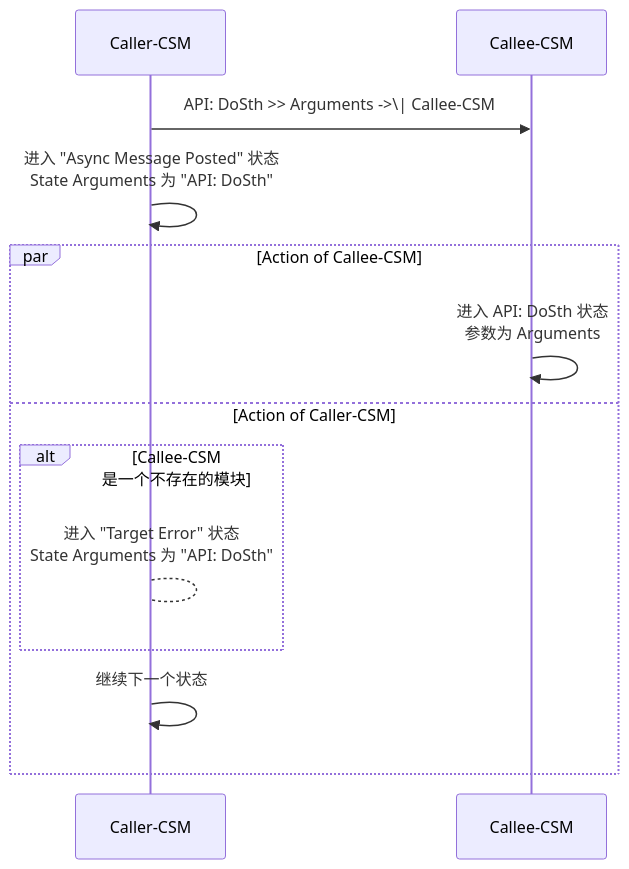
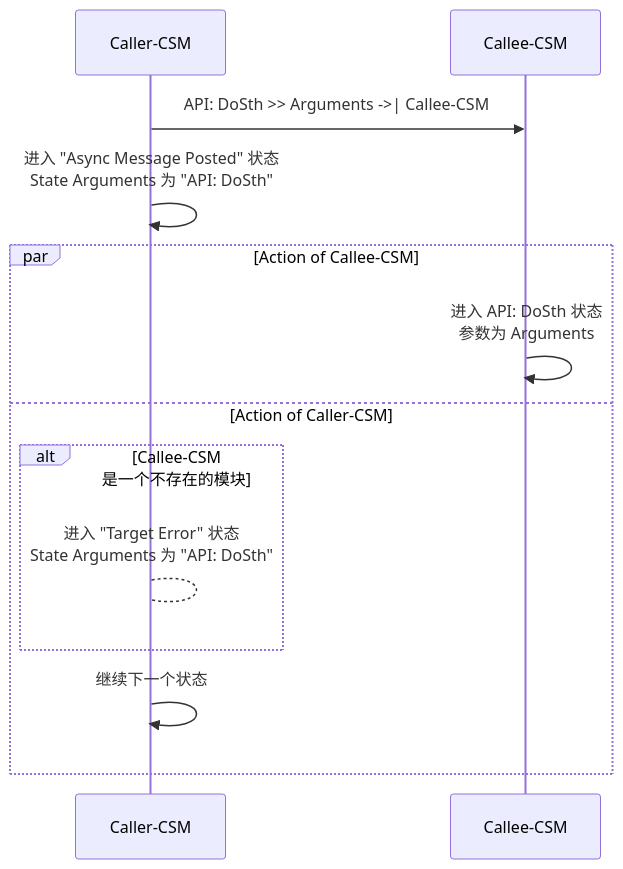
Before and after one commit to NEVSTOP-LAB/CSM-Wiki: the third of 3 diagrams in _posts/zh/2023-12-29-communication.md, drawn with Mermaid. The commit also changed other lines of this file and 2 other files, not shown here.

Commit message:
update FAQ

````diff
--- a/_posts/zh/2023-12-29-communication.md
+++ b/_posts/zh/2023-12-29-communication.md
@@ -120,18 +120,18 @@
 ``` mermaid
 sequenceDiagram
-Caller-CSM ->> Callee-CSM: API: DoSth >> Arguments ->\| Callee-CSM
+Caller-CSM ->> Callee-CSM: API: DoSth >> Arguments ->| Callee-CSM
 
 Caller-CSM ->> Caller-CSM: 进入 "Async Message Posted" 状态 <br/> State Arguments 为 "API: DoSth"
 
 Par Action of Callee-CSM
 Callee-CSM ->> Callee-CSM: 进入 API: DoSth 状态 <br/> 参数为 Arguments
 
 and Action of Caller-CSM
 
 alt Callee-CSM 是一个不存在的模块
     Caller-CSM --> Caller-CSM: 进入 "Target Error" 状态 <br/> State Arguments 为 "API: DoSth"
 end
 Caller-CSM ->> Caller-CSM: 继续下一个状态
 
 End
 ```
````
